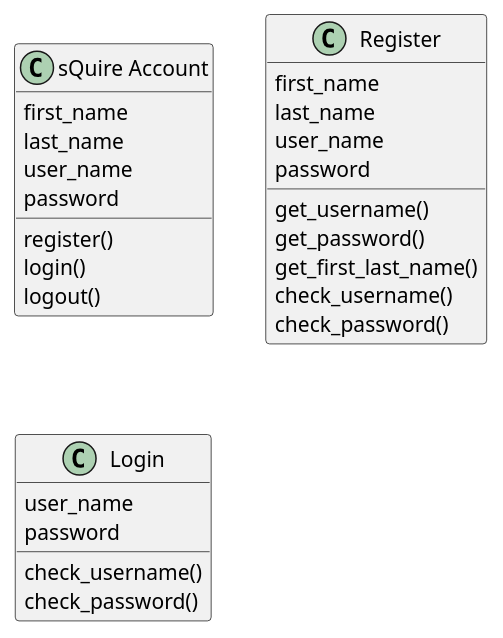
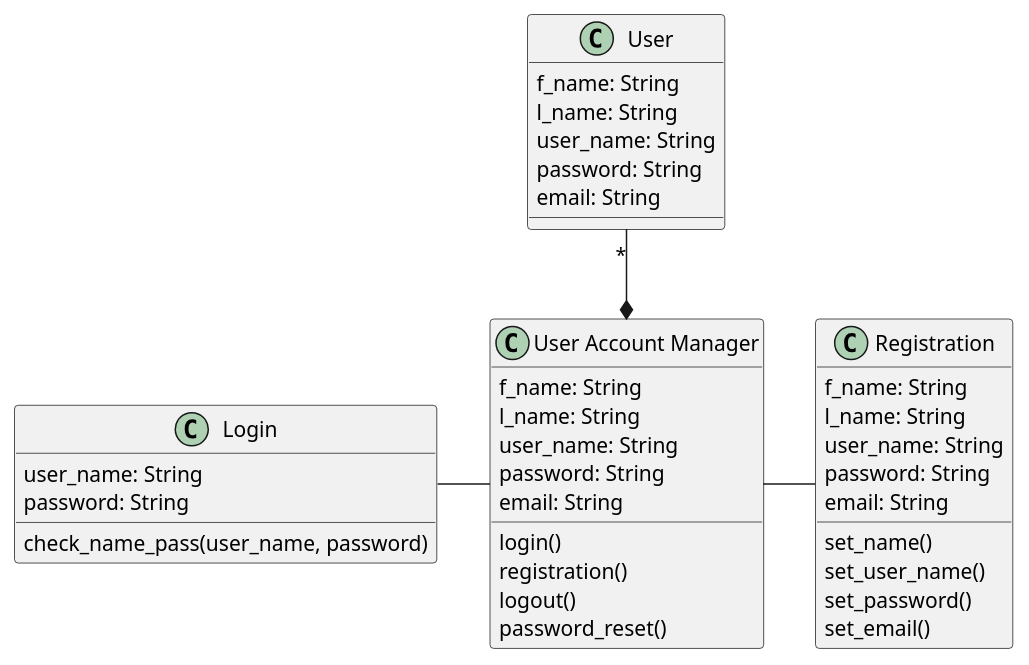
One commit to voxelv/sQuire_kw changed the diagram in hw3/useraccount.pu. Above: the diagram before and after it, drawn with PlantUML.

```diff
--- a/hw3/useraccount.pu
+++ b/hw3/useraccount.pu
@@ -1,44 +1,50 @@
 @startuml
 
-class "sQuire Account" as ua {
-first_name
-last_name
-user_name
-password
-register()
+class "User Account Manager" as UAM {
+f_name: String
+l_name: String
+user_name: String
+password: String
+email: String
+
 login()
+registration()
 logout()
+password_reset()
 }
 
 
+class "User" as U {
+f_name: String
+l_name: String
+user_name: String
+password: String
+email: String
 
-class "Register" as re {
-first_name
-last_name
-user_name
-password
 
-get_username()
-get_password()
-get_first_last_name()
-check_username()
-check_password()
 }
 
-class "Login" as lo {
-user_name
-password
+class "Registration" as R {
+f_name: String
+l_name: String
+user_name: String
+password: String
+email: String
 
-check_username()
-check_password()
+set_name()
+set_user_name()
+set_password()
+set_email()
 }
 
 
+class "Login" as login {
+user_name: String
+password: String
 
-
-
-
-
-
-
+check_name_pass(user_name, password)
+}
+U "*"-d-* UAM 
+login -r- UAM
+R -l- UAM 
 @enduml
```
